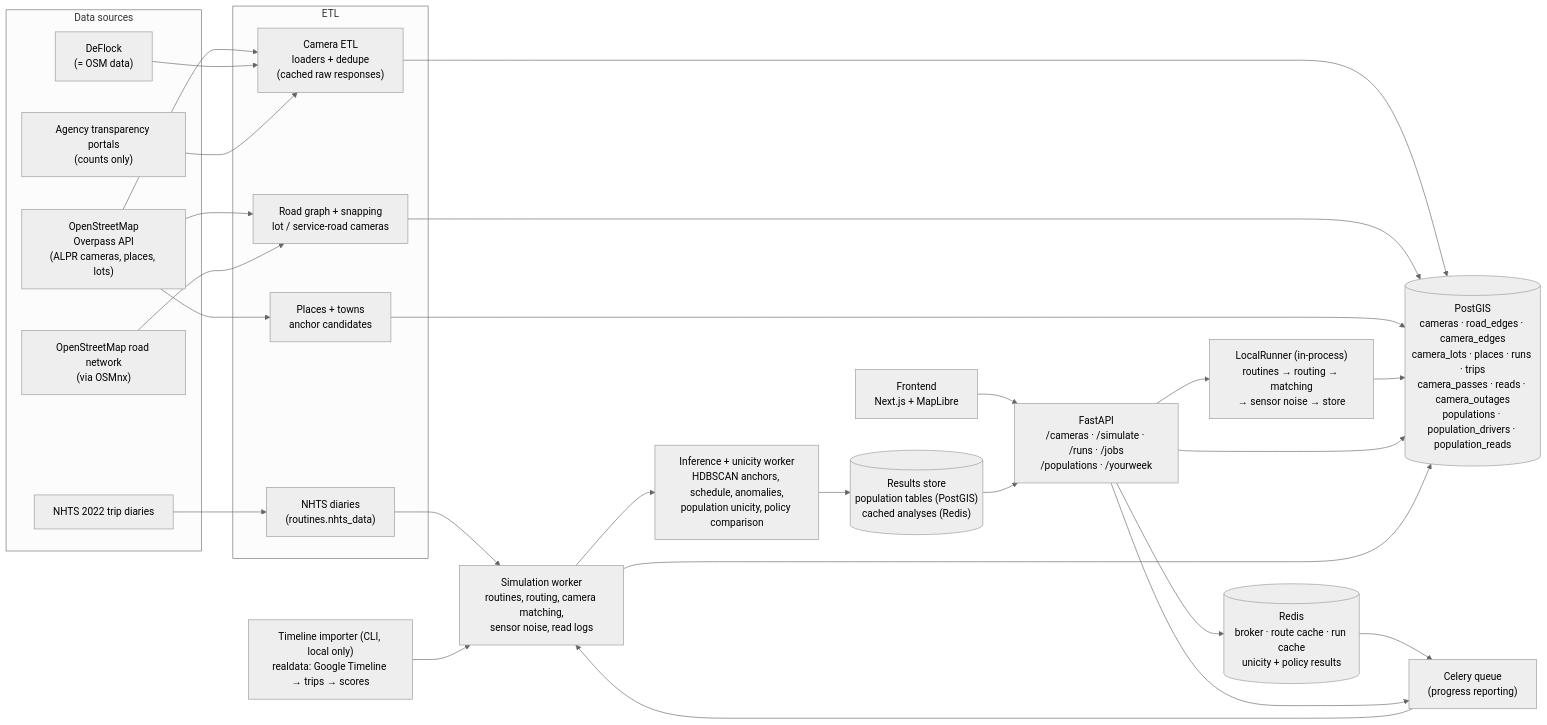
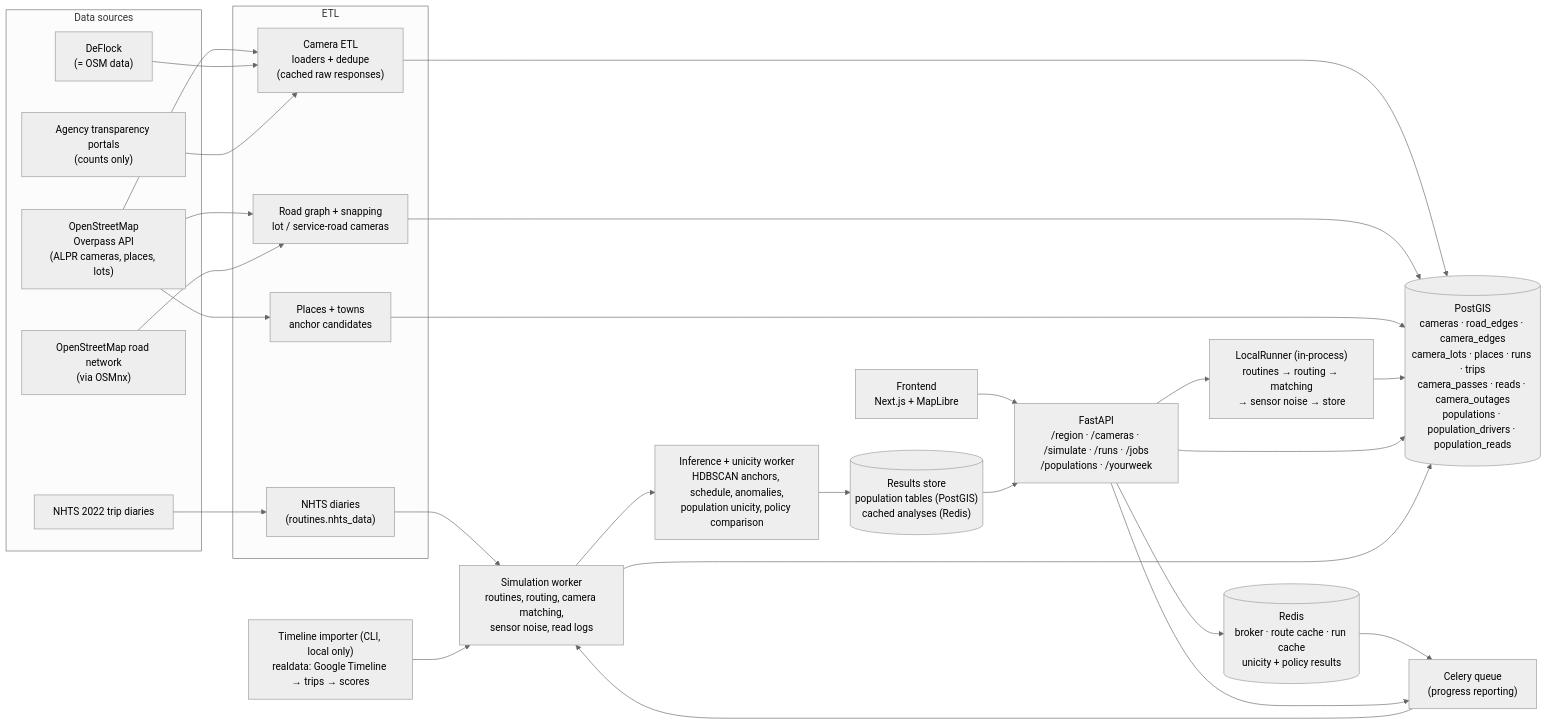
Before and after one commit to RyanPurakal/plate-trail: the diagram in docs/architecture.md, drawn with Mermaid (neutral theme). The commit also changed 10 other files, not shown here.

````diff
--- a/docs/architecture.md
+++ b/docs/architecture.md
@@ -7,59 +7,59 @@
 ```mermaid
 flowchart LR
     %% ---------- sources ----------
     subgraph sources["Data sources"]
         OSM["OpenStreetMap<br/>Overpass API<br/>(ALPR cameras, places, lots)"]
         OSMNX["OpenStreetMap road network<br/>(via OSMnx)"]
         DEFLOCK["DeFlock<br/>(= OSM data)"]
         AGENCY["Agency transparency portals<br/>(counts only)"]
         NHTS["NHTS 2022 trip diaries"]
     end
 
     %% ---------- ETL ----------
     subgraph etl["ETL"]
         CAMETL["Camera ETL<br/>loaders + dedupe<br/>(cached raw responses)"]
         ROADS["Road graph + snapping<br/>lot / service-road cameras"]
         PLACES["Places + towns<br/>anchor candidates"]
         NHTSETL["NHTS diaries<br/>(routines.nhts_data)"]
     end
 
     DB[("PostGIS<br/>cameras · road_edges · camera_edges<br/>camera_lots · places · runs · trips<br/>camera_passes · reads · camera_outages<br/>populations · population_drivers · population_reads")]
 
     %% ---------- app ----------
     FE["Frontend<br/>Next.js + MapLibre"]
-    API["FastAPI<br/>/cameras · /simulate · /runs · /jobs<br/>/populations · /yourweek"]
+    API["FastAPI<br/>/region · /cameras · /simulate · /runs · /jobs<br/>/populations · /yourweek"]
     LOCAL["LocalRunner (in-process)<br/>routines → routing → matching<br/>→ sensor noise → store"]
     REDIS[("Redis<br/>broker · route cache · run cache<br/>unicity + policy results")]
     QUEUE["Celery queue<br/>(progress reporting)"]
     SIMW["Simulation worker<br/>routines, routing, camera matching,<br/>sensor noise, read logs"]
     INFW["Inference + unicity worker<br/>HDBSCAN anchors, schedule, anomalies,<br/>population unicity, policy comparison"]
     RESULTS[("Results store<br/>population tables (PostGIS)<br/>cached analyses (Redis)")]
     TIMELINE["Timeline importer (CLI, local only)<br/>realdata: Google Timeline → trips → scores"]
 
     OSM --> CAMETL
     OSM --> PLACES
     OSM --> ROADS
     OSMNX --> ROADS
     DEFLOCK --> CAMETL
     AGENCY --> CAMETL
     NHTS --> NHTSETL
     CAMETL --> DB
     ROADS --> DB
     PLACES --> DB
     NHTSETL --> SIMW
 
     FE --> API
     API --> LOCAL
     LOCAL --> DB
     API --> DB
 
     API --> REDIS
     REDIS --> QUEUE
     API --> QUEUE
     QUEUE --> SIMW
     SIMW --> INFW
     SIMW --> DB
     INFW --> RESULTS
     RESULTS --> API
     TIMELINE --> SIMW
 ```
````
